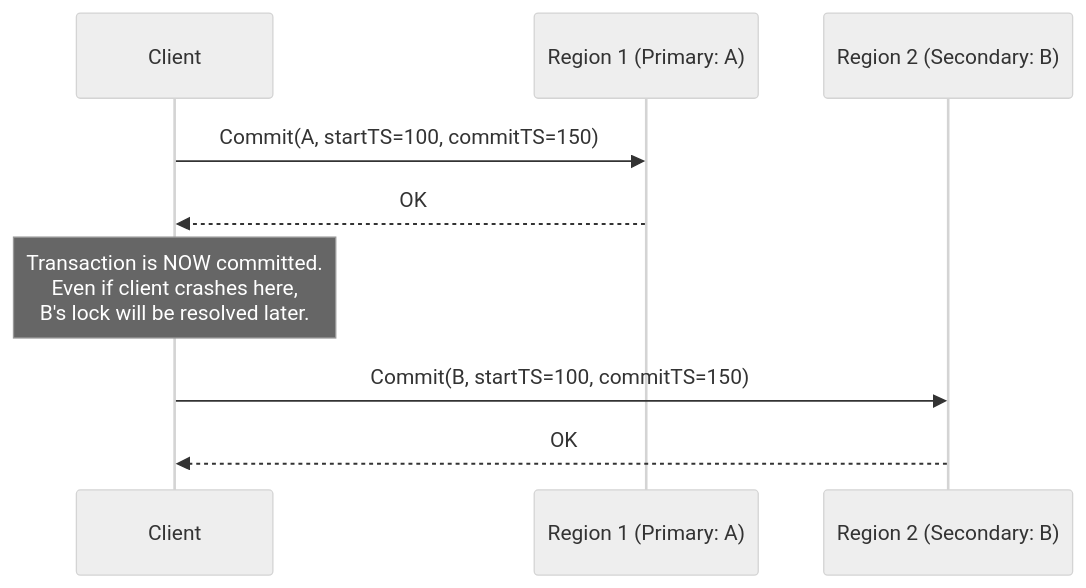
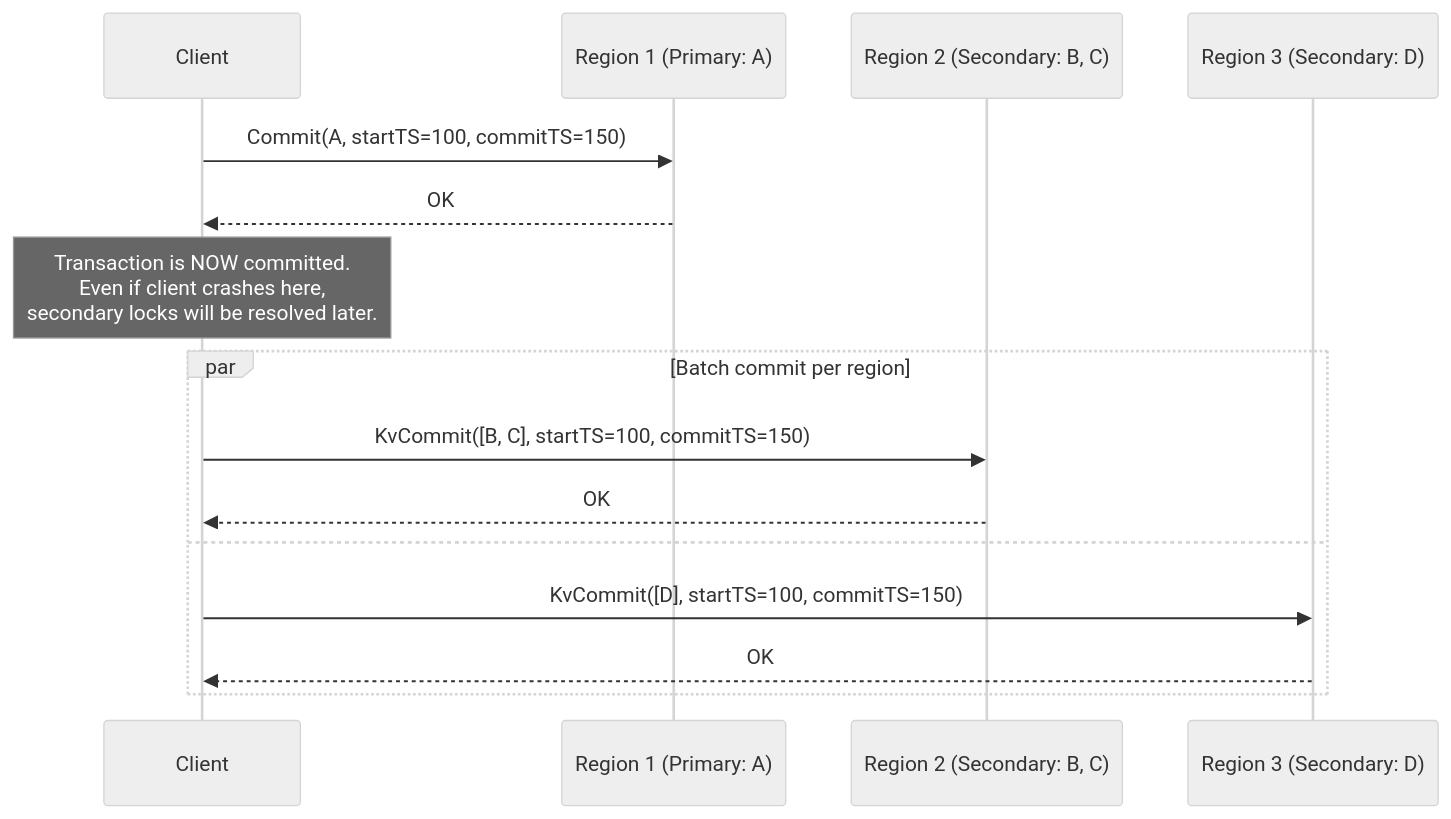
The seventh of 15 diagrams in gookv-design/05_transactions.md (ryogrid/gookvs), drawn with Mermaid (neutral theme) before and after one commit. The commit also changed other lines of this file and 17 other files, not shown here.

````diff
--- a/gookv-design/05_transactions.md
+++ b/gookv-design/05_transactions.md
@@ -647,14 +655,20 @@
 ```mermaid
 sequenceDiagram
     participant Client
     participant R1 as Region 1 (Primary: A)
-    participant R2 as Region 2 (Secondary: B)
+    participant R2 as Region 2 (Secondary: B, C)
+    participant R3 as Region 3 (Secondary: D)
 
     Client->>R1: Commit(A, startTS=100, commitTS=150)
     R1-->>Client: OK
 
-    Note over Client: Transaction is NOW committed.<br/>Even if client crashes here,<br/>B's lock will be resolved later.
+    Note over Client: Transaction is NOW committed.<br/>Even if client crashes here,<br/>secondary locks will be resolved later.
 
-    Client->>R2: Commit(B, startTS=100, commitTS=150)
-    R2-->>Client: OK
+    par Batch commit per region
+        Client->>R2: KvCommit([B, C], startTS=100, commitTS=150)
+        R2-->>Client: OK
+    and
+        Client->>R3: KvCommit([D], startTS=100, commitTS=150)
+        R3-->>Client: OK
+    end
 ```
````
